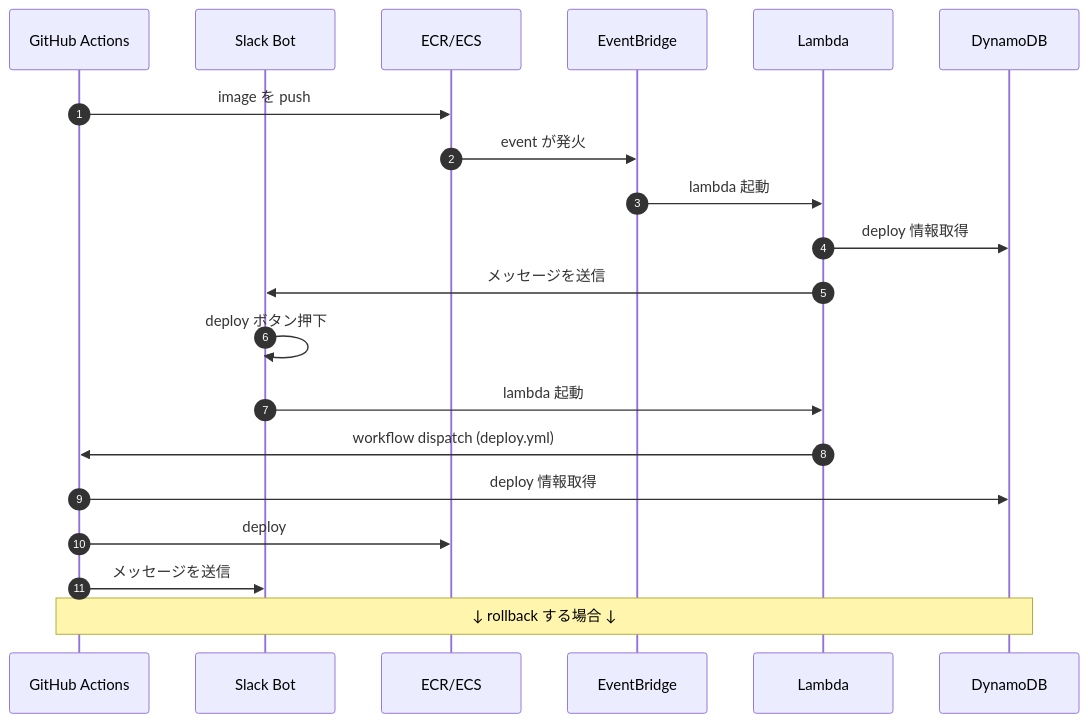
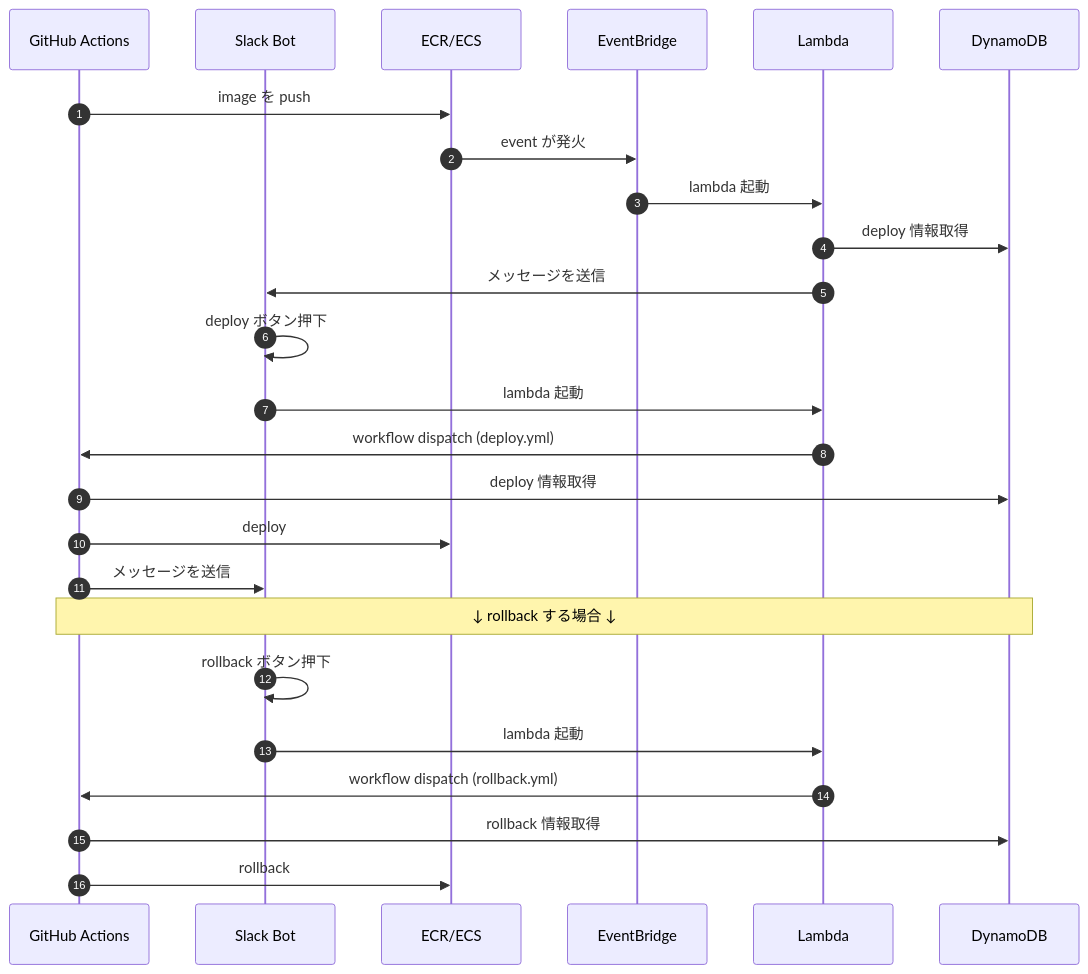
One commit to taroshun32/ecs-deploy-with-slack-confirm changed the diagram in README.md. Above: the diagram before and after it, drawn with Mermaid.

````diff
--- a/README.md
+++ b/README.md
@@ -4,23 +4,28 @@
 ```mermaid
 sequenceDiagram
   participant action as GitHub Actions
   participant slack as Slack Bot
   participant ecs as ECR/ECS
   participant bridge as EventBridge
   participant lambda as Lambda
 
   participant dynamo as DynamoDB
   autonumber
   action->>ecs: image を push
   ecs->>bridge: event が発火
   bridge->>lambda: lambda 起動
   lambda->>dynamo: deploy 情報取得
   lambda->>slack: メッセージを送信
   slack->>slack: deploy ボタン押下
   slack->>lambda: lambda 起動
   lambda->>action: workflow dispatch (deploy.yml)
   action->>dynamo: deploy 情報取得
   action->>ecs: deploy
   action->>slack: メッセージを送信
   Note over action,dynamo: ↓ rollback する場合 ↓
+  slack->>slack: rollback ボタン押下
+  slack->>lambda: lambda 起動
+  lambda->>action: workflow dispatch (rollback.yml)
+  action->>dynamo: rollback 情報取得
+  action->>ecs: rollback
 ```
````
